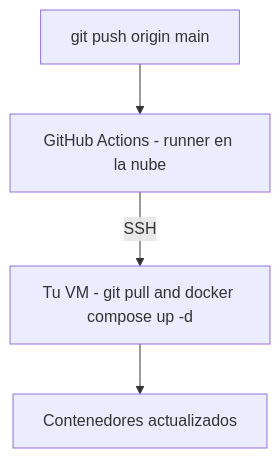
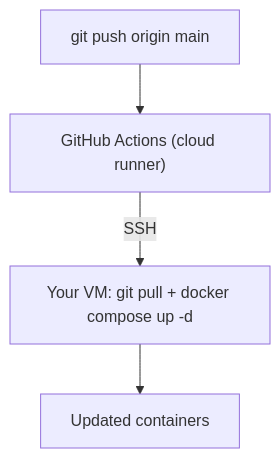
Before and after one commit to AngelFelizR/mlflow-tracking-server: the second of 2 diagrams in README.md, drawn with Mermaid. The commit also changed other lines of this file, not shown here.

Commit message:
fixing readme chart

````diff
--- a/README.md
+++ b/README.md
@@ -35,6 +35,6 @@
 ```mermaid
-flowchart TD
-    A["git push origin main"] --> B["GitHub Actions - runner en la nube"]
-    B -->|SSH| C["Tu VM - git pull and docker compose up -d"]
-    C --> D["Contenedores actualizados"]
+graph TD
+    A["git push origin main"] --> B["GitHub Actions (cloud runner)"]
+    B -->|"SSH"| C["Your VM: git pull + docker compose up -d"]
+    C --> D["Updated containers"]
 ```
````
